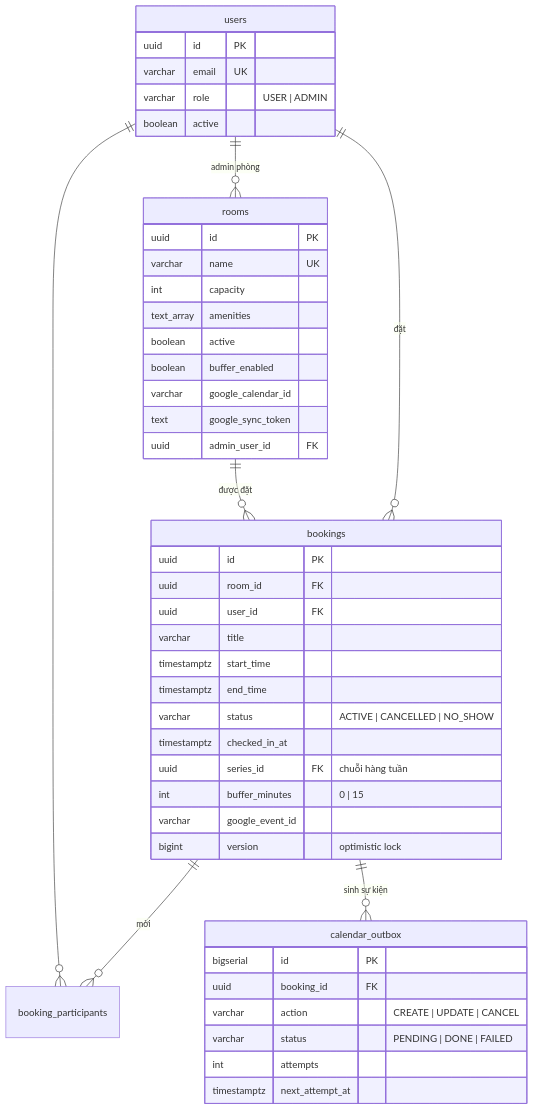
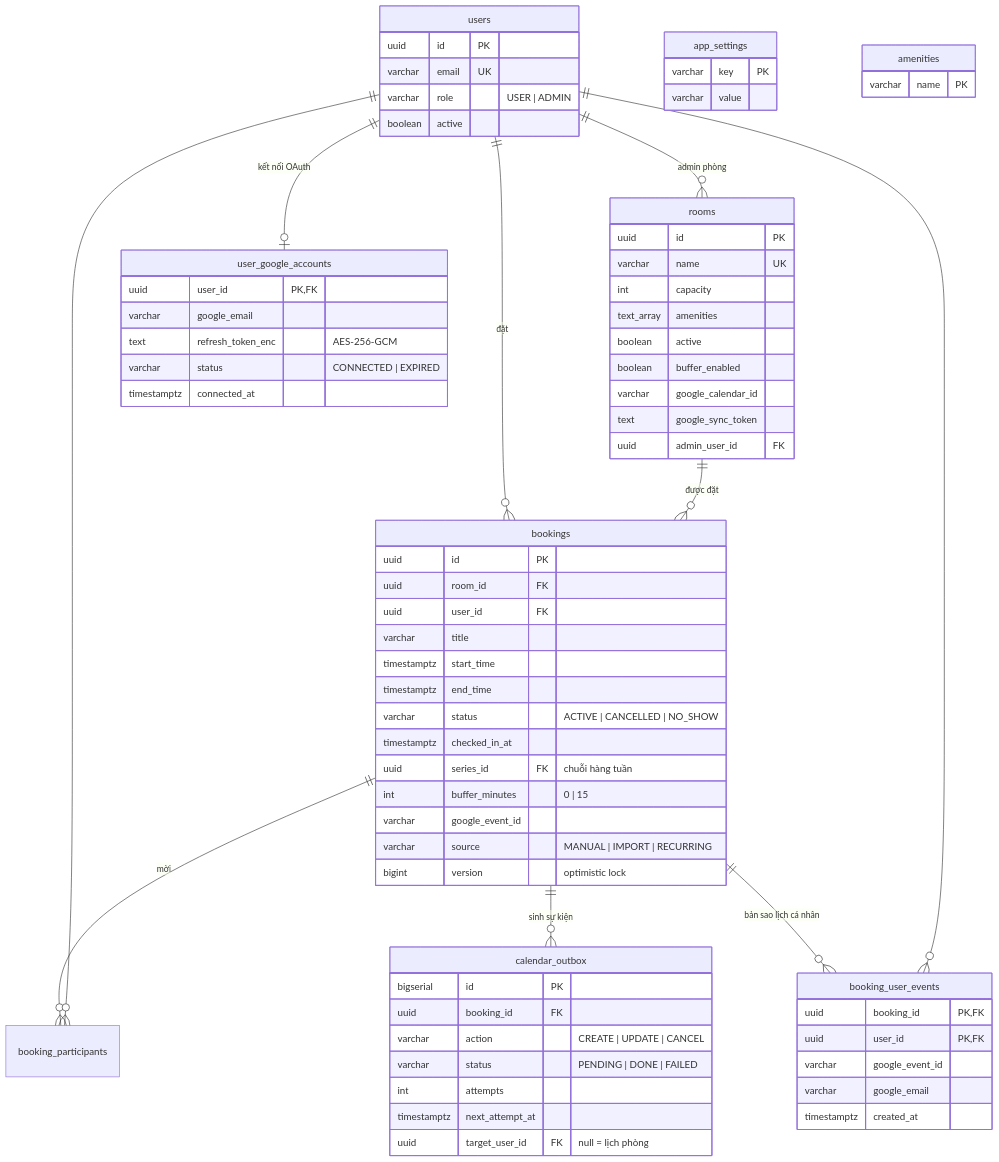
Before and after one commit to pxthinh/interview-dki: the diagram in README.md, drawn with Mermaid. The commit also changed other lines of this file and 8 other files, not shown here.

````diff
--- a/README.md
+++ b/README.md
@@ -164,49 +170,75 @@
 ```mermaid
 erDiagram
     users ||--o{ bookings : "đặt"
     rooms ||--o{ bookings : "được đặt"
     users ||--o{ rooms : "admin phòng"
     bookings ||--o{ booking_participants : "mời"
     users ||--o{ booking_participants : ""
     bookings ||--o{ calendar_outbox : "sinh sự kiện"
+    users ||--o| user_google_accounts : "kết nối OAuth"
+    bookings ||--o{ booking_user_events : "bản sao lịch cá nhân"
+    users ||--o{ booking_user_events : ""
 
     users {
         uuid id PK
         varchar email UK
         varchar role "USER | ADMIN"
         boolean active
     }
     rooms {
         uuid id PK
         varchar name UK
         int capacity
         text_array amenities
         boolean active
         boolean buffer_enabled
         varchar google_calendar_id
         text google_sync_token
         uuid admin_user_id FK
     }
     bookings {
         uuid id PK
         uuid room_id FK
         uuid user_id FK
         varchar title
         timestamptz start_time
         timestamptz end_time
         varchar status "ACTIVE | CANCELLED | NO_SHOW"
         timestamptz checked_in_at
         uuid series_id FK "chuỗi hàng tuần"
         int buffer_minutes "0 | 15"
         varchar google_event_id
+        varchar source "MANUAL | IMPORT | RECURRING"
         bigint version "optimistic lock"
     }
     calendar_outbox {
         bigserial id PK
         uuid booking_id FK
         varchar action "CREATE | UPDATE | CANCEL"
         varchar status "PENDING | DONE | FAILED"
         int attempts
         timestamptz next_attempt_at
+        uuid target_user_id FK "null = lịch phòng"
+    }
+    user_google_accounts {
+        uuid user_id PK,FK
+        varchar google_email
+        text refresh_token_enc "AES-256-GCM"
+        varchar status "CONNECTED | EXPIRED"
+        timestamptz connected_at
+    }
+    booking_user_events {
+        uuid booking_id PK,FK
+        uuid user_id PK,FK
+        varchar google_event_id
+        varchar google_email
+        timestamptz created_at
+    }
+    app_settings {
+        varchar key PK
+        varchar value
+    }
+    amenities {
+        varchar name PK
     }
 ```
````
